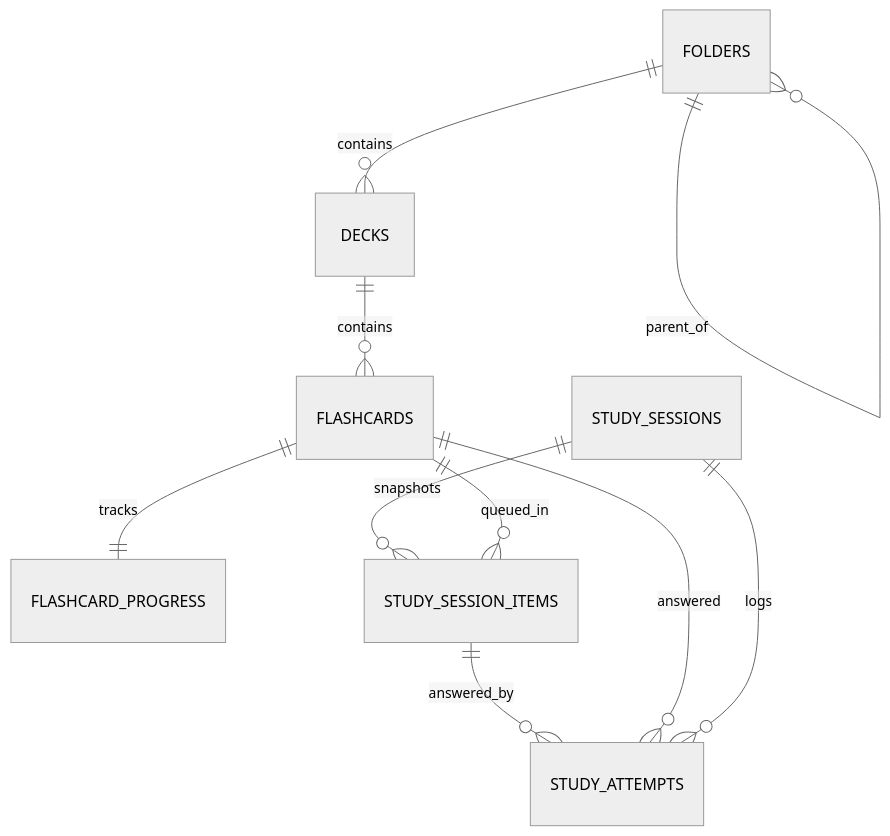
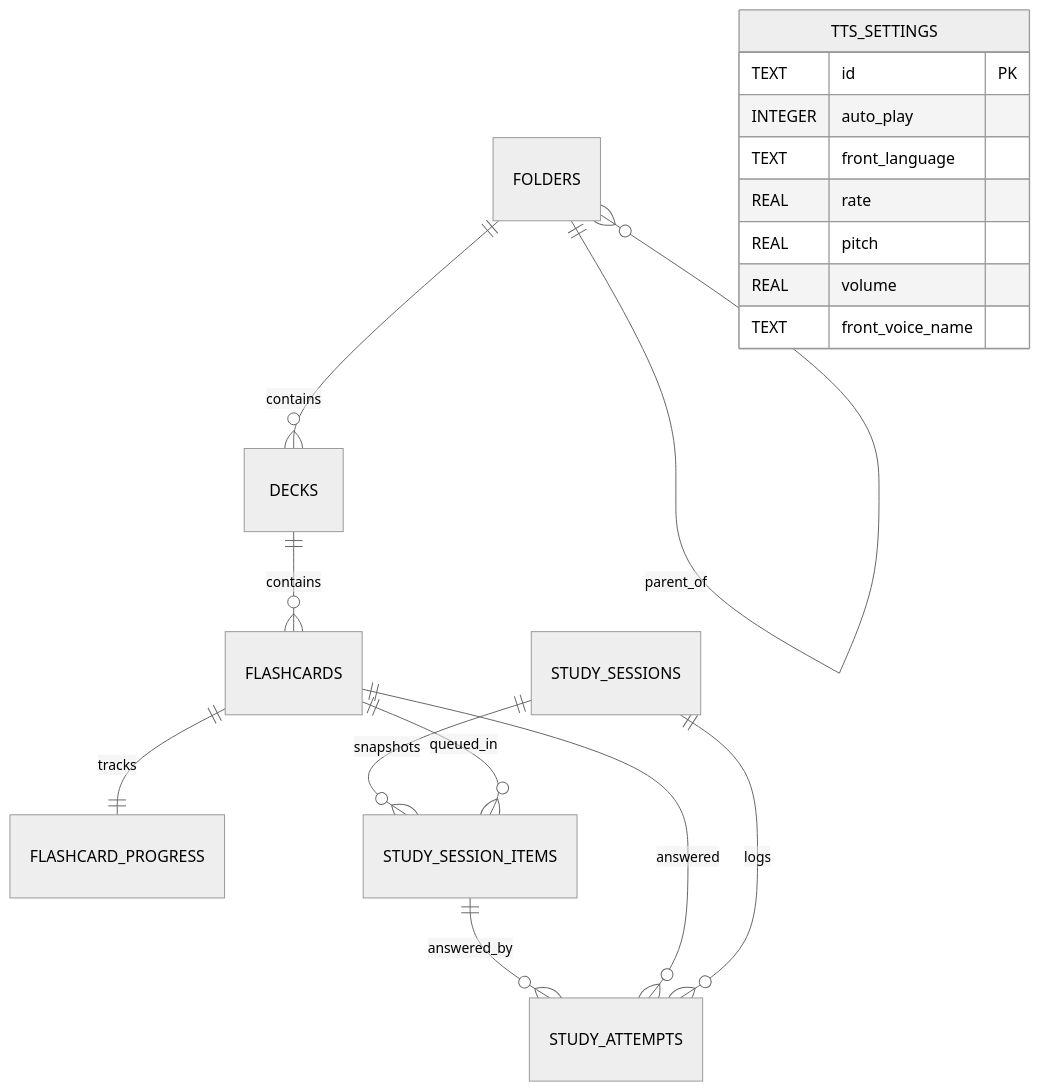
The diagram in docs/database/schema-v1.md (ntgptit/memox-v2), drawn with Mermaid (neutral theme) before and after one commit. The commit also changed other lines of this file and 40 other files, not shown here.

First line of the commit message:
feat: implement TTS settings repository with pitch and volume controls

````diff
--- a/docs/database/schema-v1.md
+++ b/docs/database/schema-v1.md
@@ -13,12 +13,21 @@
 ```mermaid
 erDiagram
     FOLDERS ||--o{ FOLDERS : parent_of
     FOLDERS ||--o{ DECKS : contains
     DECKS ||--o{ FLASHCARDS : contains
     FLASHCARDS ||--|| FLASHCARD_PROGRESS : tracks
     STUDY_SESSIONS ||--o{ STUDY_SESSION_ITEMS : snapshots
     FLASHCARDS ||--o{ STUDY_SESSION_ITEMS : queued_in
     STUDY_SESSION_ITEMS ||--o{ STUDY_ATTEMPTS : answered_by
     FLASHCARDS ||--o{ STUDY_ATTEMPTS : answered
     STUDY_SESSIONS ||--o{ STUDY_ATTEMPTS : logs
+    TTS_SETTINGS {
+        TEXT id PK
+        INTEGER auto_play
+        TEXT front_language
+        REAL rate
+        REAL pitch
+        REAL volume
+        TEXT front_voice_name
+    }
 ```
````
